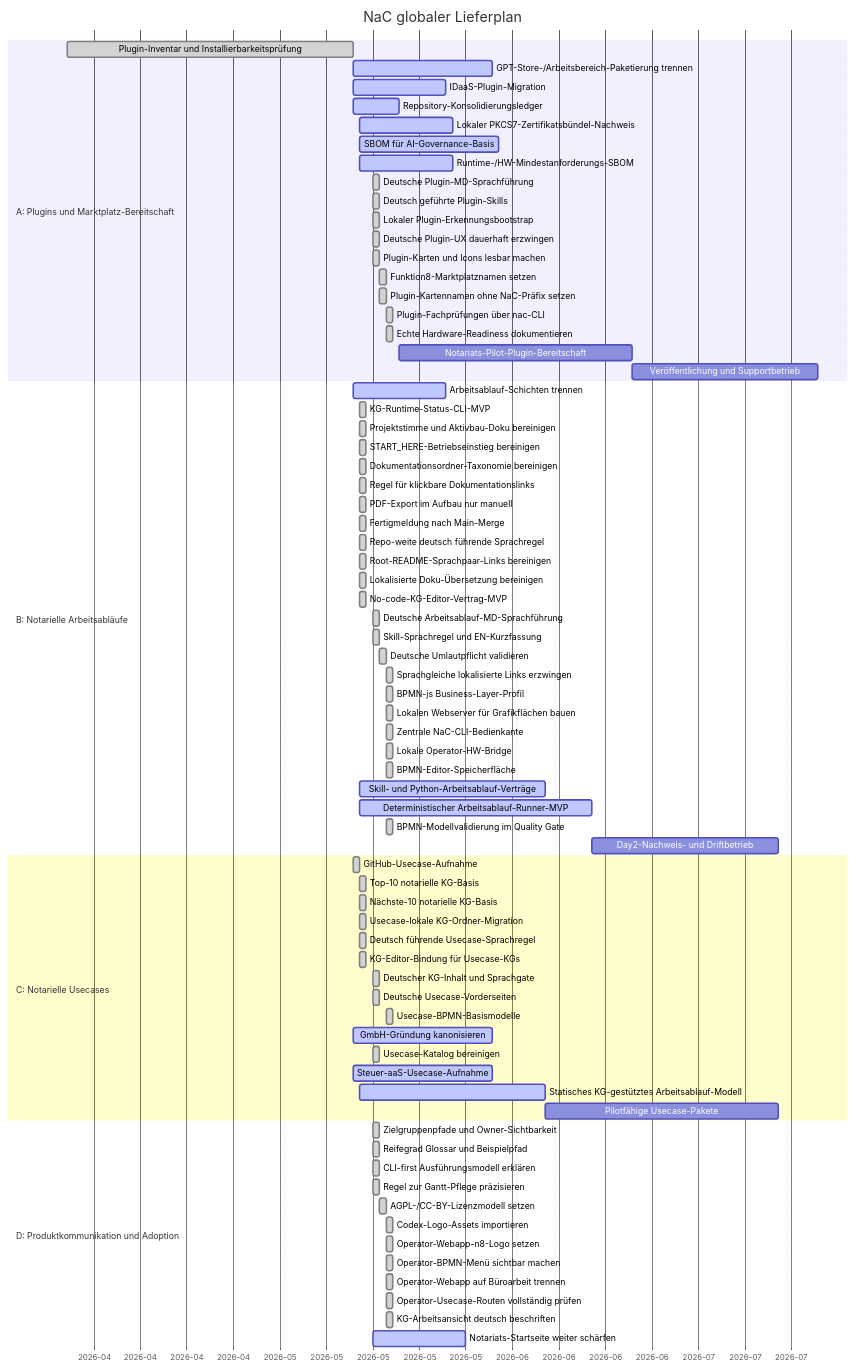
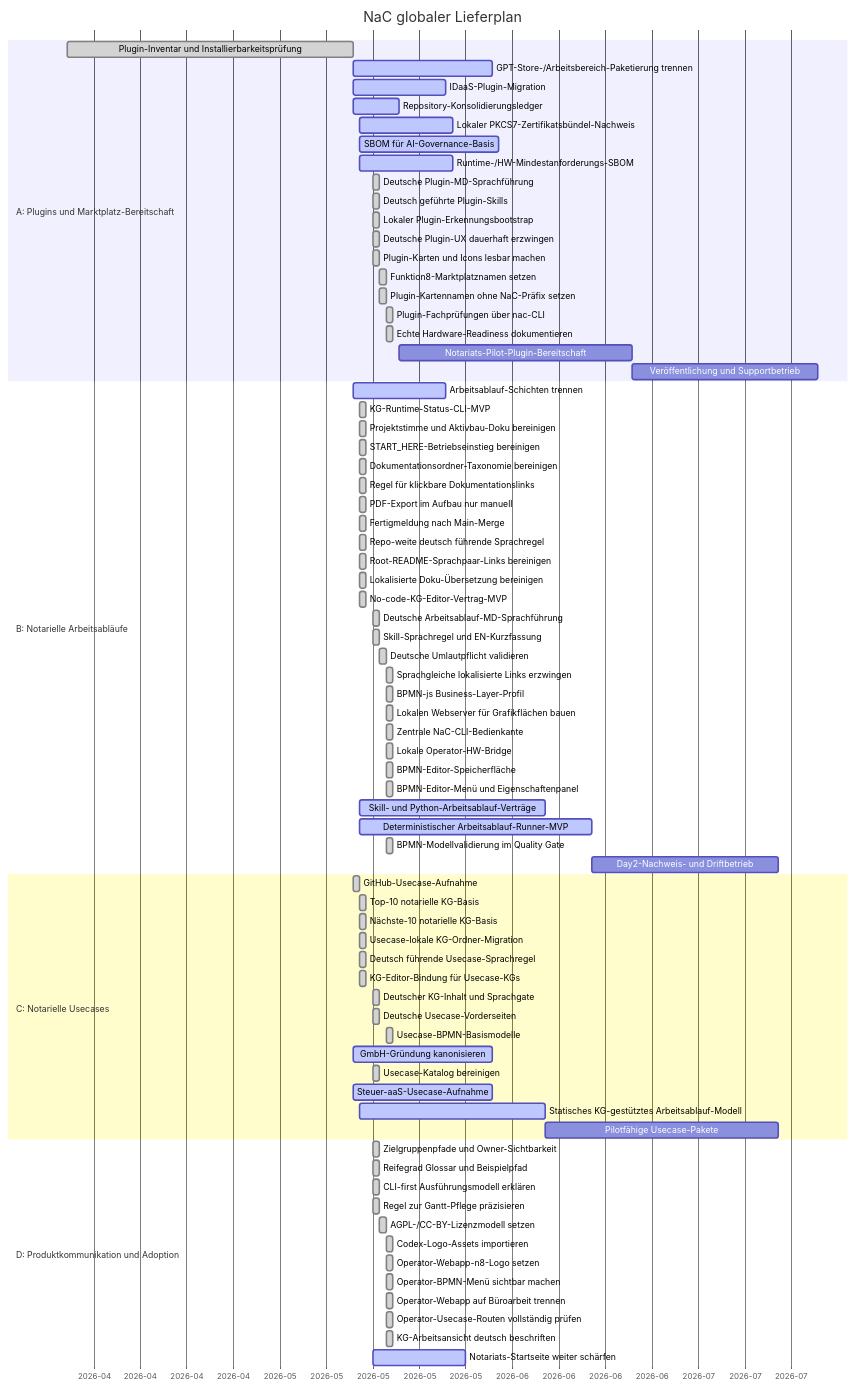
Before and after one commit to notariat8/NaC: the diagram in roadmap/GANTT.md, drawn with Mermaid. The commit also changed other lines of this file and 3 other files, not shown here.

Commit message:
Implement full BPMN editor workbench

```diff
--- a/roadmap/GANTT.md
+++ b/roadmap/GANTT.md
@@ -59,6 +59,7 @@
     Zentrale NaC-CLI-Bedienkante                 :done,    b1q, 2026-05-19, 1d
     Lokale Operator-HW-Bridge                    :done,    b1r, 2026-05-19, 1d
     BPMN-Editor-Speicherfläche                   :done,    b1s, 2026-05-19, 1d
+    BPMN-Editor-Menü und Eigenschaftenpanel      :done,    b1t, 2026-05-19, 1d
     Skill- und Python-Arbeitsablauf-Verträge    :active,  b2, 2026-05-15, 28d
     Deterministischer Arbeitsablauf-Runner-MVP   :active,  b3, 2026-05-15, 35d
     BPMN-Modellvalidierung im Quality Gate       :done,    b3a, 2026-05-19, 1d
```
